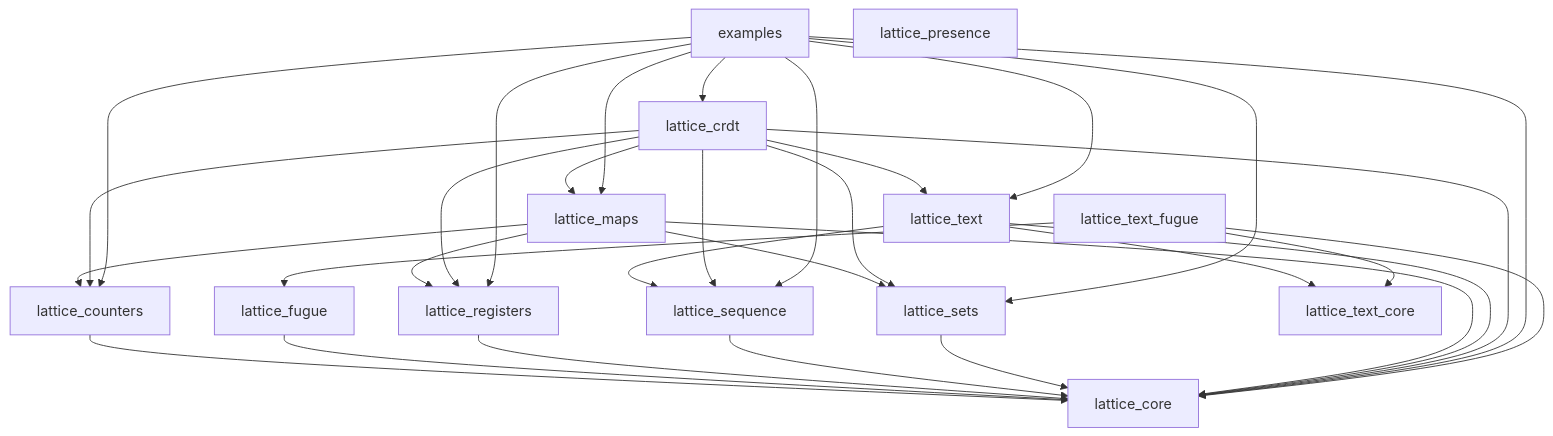
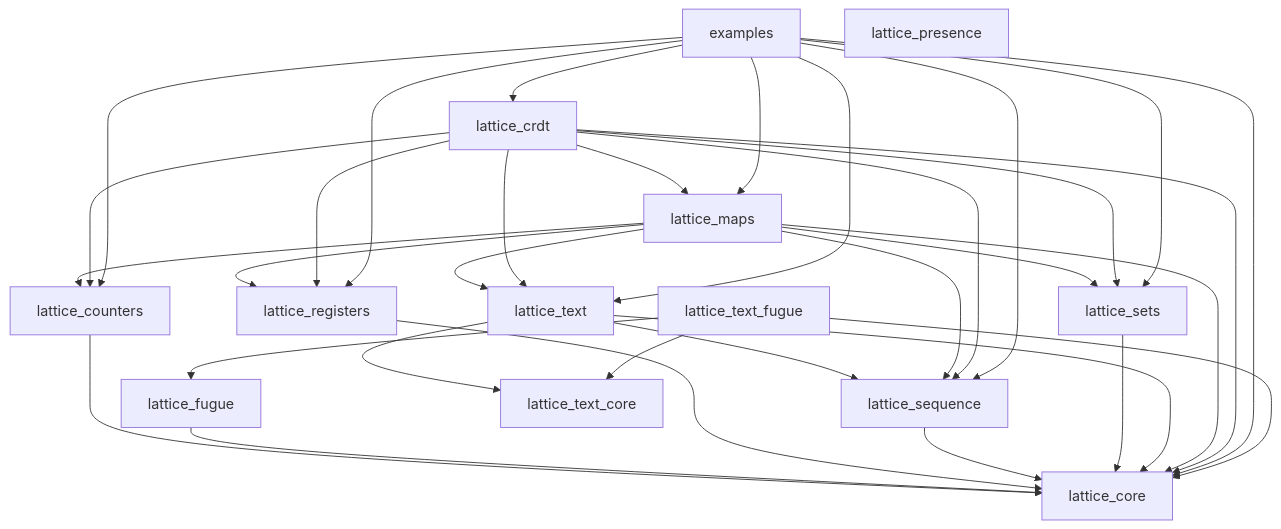
One commit to tylerbutler/lattice changed the diagram in DEV.md. Above: the diagram before and after it, drawn with Mermaid. The commit also changed other lines of this file and 81 other files, not shown here.

First line of the commit message:
feat(maps)!: add recursive crdt composition (#188)

````diff
--- a/DEV.md
+++ b/DEV.md
@@ -66,34 +66,36 @@
 ```mermaid
 graph TD
     lattice_counters --> lattice_core
     lattice_fugue --> lattice_core
     lattice_registers --> lattice_core
     lattice_sequence --> lattice_core
     lattice_sets --> lattice_core
+    lattice_text --> lattice_core
+    lattice_text --> lattice_sequence
+    lattice_text --> lattice_text_core
     lattice_maps --> lattice_core
     lattice_maps --> lattice_counters
     lattice_maps --> lattice_registers
+    lattice_maps --> lattice_sequence
     lattice_maps --> lattice_sets
-    lattice_text --> lattice_core
-    lattice_text --> lattice_sequence
-    lattice_text --> lattice_text_core
+    lattice_maps --> lattice_text
     lattice_crdt --> lattice_core
     lattice_crdt --> lattice_counters
     lattice_crdt --> lattice_registers
     lattice_crdt --> lattice_sequence
     lattice_crdt --> lattice_sets
+    lattice_crdt --> lattice_text
     lattice_crdt --> lattice_maps
-    lattice_crdt --> lattice_text
     examples --> lattice_core
     examples --> lattice_counters
     examples --> lattice_registers
     examples --> lattice_sequence
     examples --> lattice_sets
+    examples --> lattice_text
     examples --> lattice_maps
-    examples --> lattice_text
     examples --> lattice_crdt
     lattice_text_fugue --> lattice_core
     lattice_text_fugue --> lattice_fugue
     lattice_text_fugue --> lattice_text_core
     lattice_presence
 ```
````
